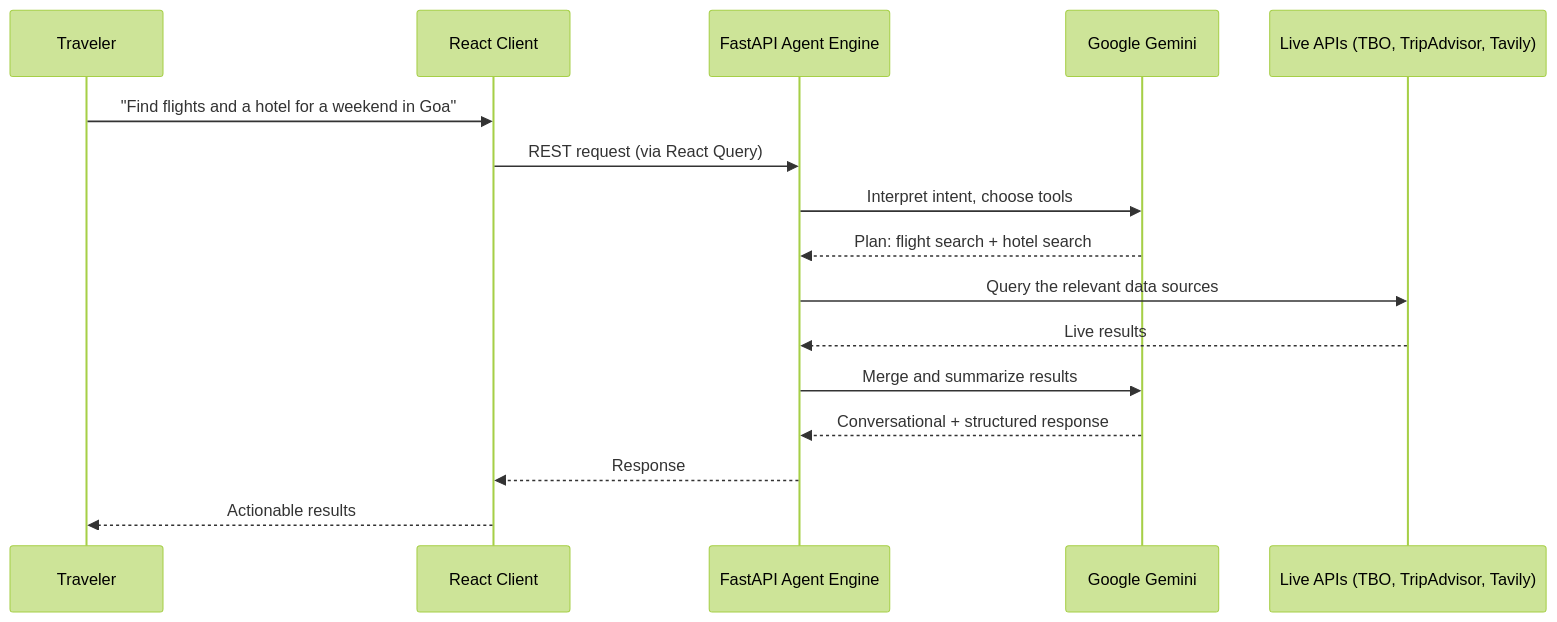
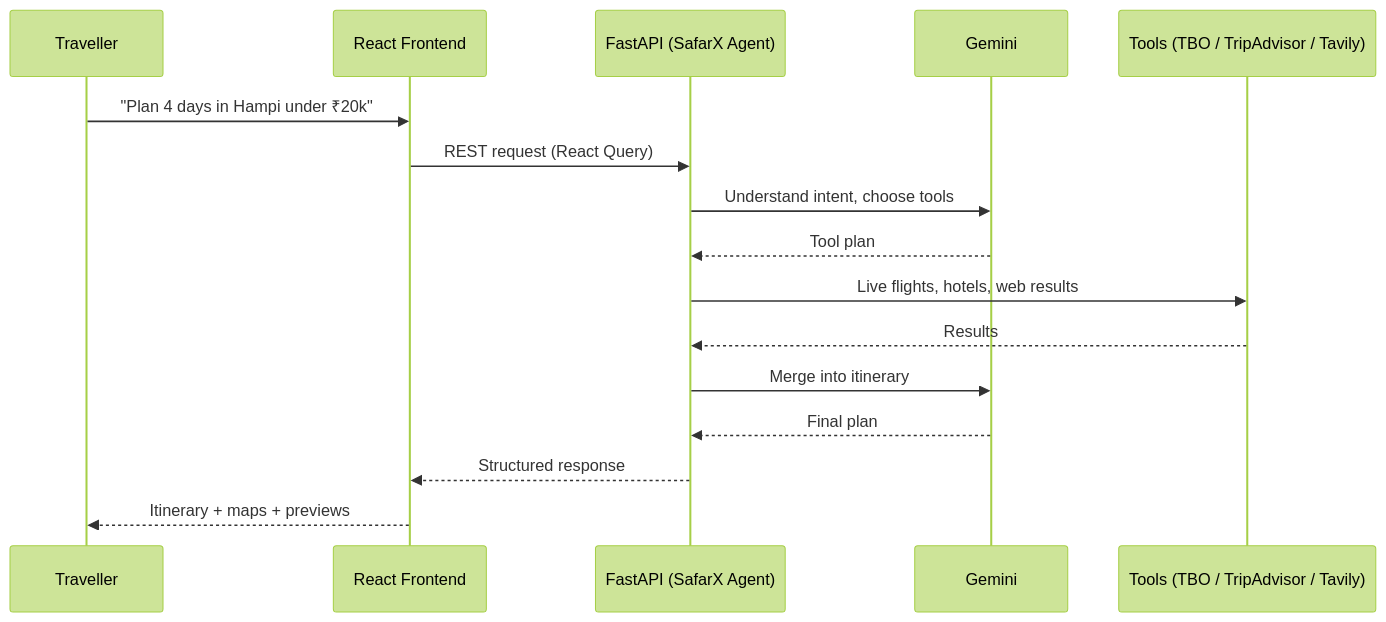
Before and after one commit to sweetylearner-max/PravasAI-: the second of 2 diagrams in README.md, drawn with Mermaid (forest theme). The commit also changed other lines of this file, not shown here.

````diff
--- a/README.md
+++ b/README.md
@@ -136,19 +210,19 @@
 ```mermaid
 sequenceDiagram
-    participant U as Traveler
-    participant C as React Client
-    participant A as FastAPI Agent Engine
-    participant G as Google Gemini
-    participant X as Live APIs (TBO, TripAdvisor, Tavily)
+    participant U as Traveller
+    participant FE as React Frontend
+    participant AI as FastAPI (SafarX Agent)
+    participant G as Gemini
+    participant T as Tools (TBO / TripAdvisor / Tavily)
 
-    U->>C: "Find flights and a hotel for a weekend in Goa"
-    C->>A: REST request (via React Query)
-    A->>G: Interpret intent, choose tools
-    G-->>A: Plan: flight search + hotel search
-    A->>X: Query the relevant data sources
-    X-->>A: Live results
-    A->>G: Merge and summarize results
-    G-->>A: Conversational + structured response
-    A-->>C: Response
-    C-->>U: Actionable results
+    U->>FE: "Plan 4 days in Hampi under ₹20k"
+    FE->>AI: REST request (React Query)
+    AI->>G: Understand intent, choose tools
+    G-->>AI: Tool plan
+    AI->>T: Live flights, hotels, web results
+    T-->>AI: Results
+    AI->>G: Merge into itinerary
+    G-->>AI: Final plan
+    AI-->>FE: Structured response
+    FE-->>U: Itinerary + maps + previews
 ```
````
